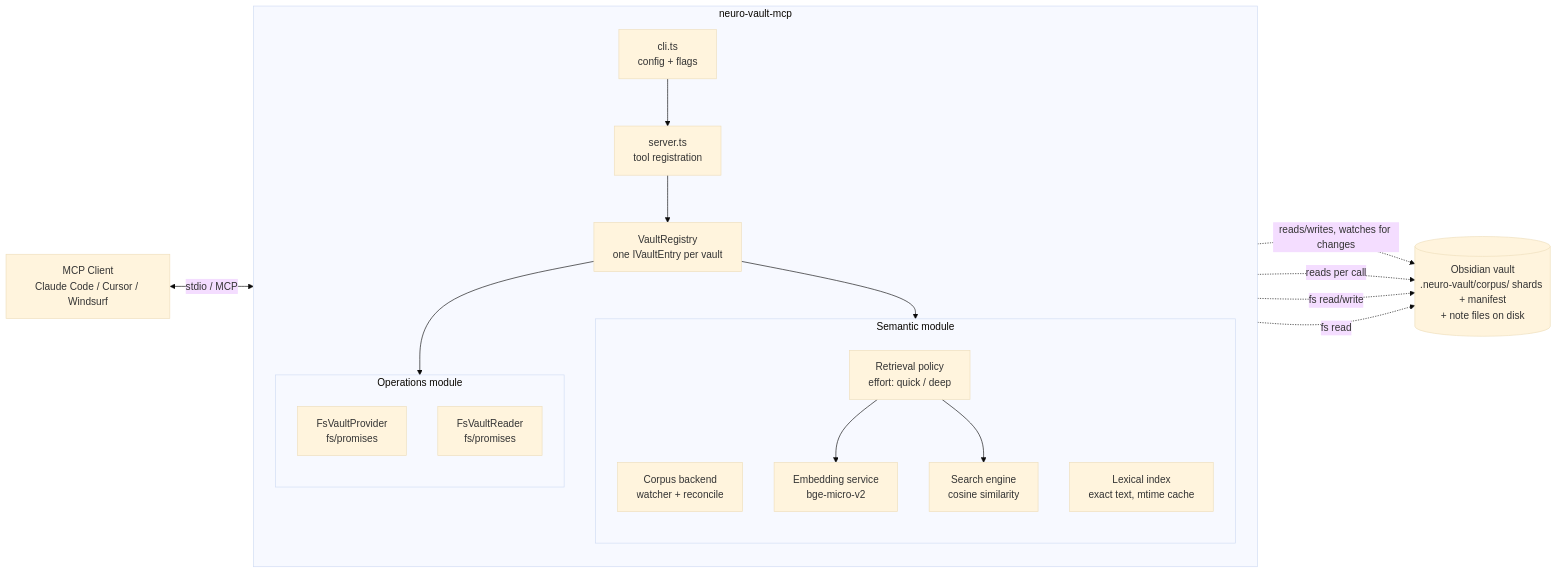
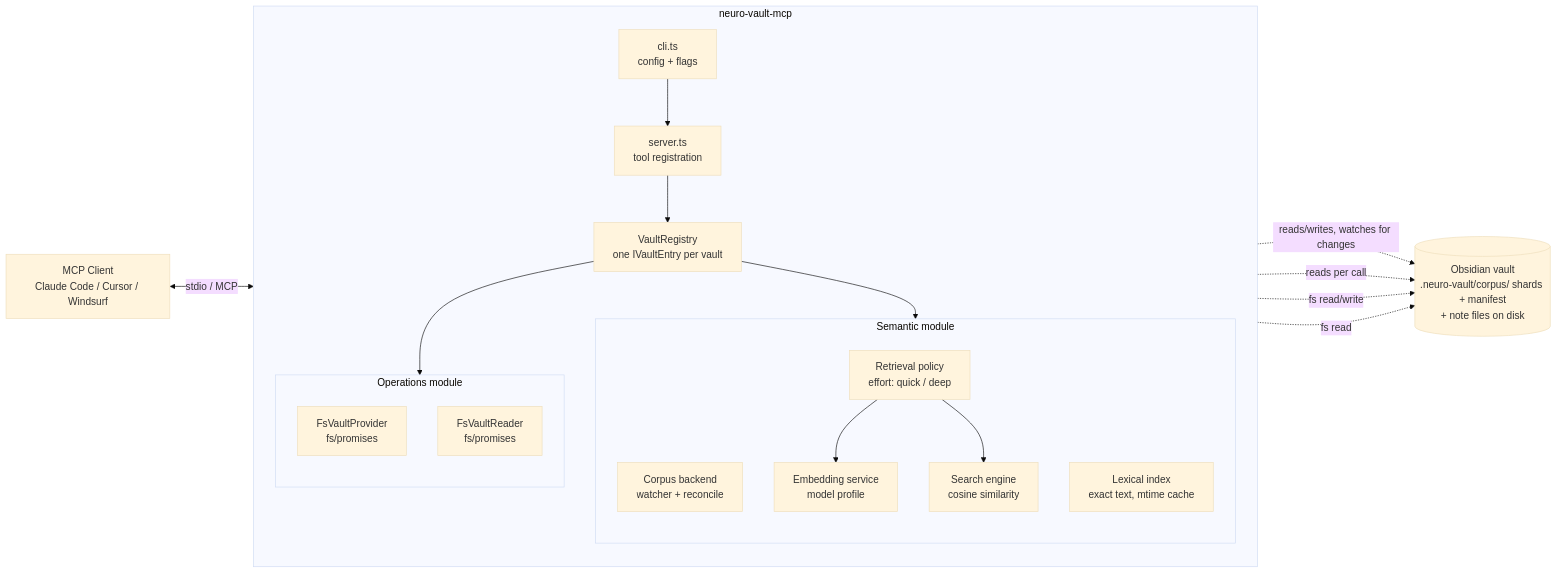
The diagram in docs/architecture/module-structure.md (AlexMost/neuro-vault), drawn with Mermaid (base theme) before and after one commit. The commit also changed 9 other files, not shown here.

Commit message:
docs: document --model, the profile registry and the model cache

````diff
--- a/docs/architecture/module-structure.md
+++ b/docs/architecture/module-structure.md
@@ -52,35 +52,35 @@
 ```mermaid
 flowchart LR
     Client[MCP Client<br/>Claude Code / Cursor / Windsurf]
     subgraph Server[neuro-vault-mcp]
         direction TB
         CLI[cli.ts<br/>config + flags]
         Core[server.ts<br/>tool registration]
         Registry[VaultRegistry<br/>one IVaultEntry per vault]
         subgraph Semantic[Semantic module]
             direction TB
             Backend[Corpus backend<br/>watcher + reconcile]
             Retrieval[Retrieval policy<br/>effort: quick / deep]
-            Embed[Embedding service<br/>bge-micro-v2]
+            Embed[Embedding service<br/>model profile]
             Search[Search engine<br/>cosine similarity]
             Lexical[Lexical index<br/>exact text, mtime cache]
         end
         subgraph Operations[Operations module]
             direction TB
             Provider[FsVaultProvider<br/>fs/promises]
             Reader[FsVaultReader<br/>fs/promises]
         end
         CLI --> Core
         Core --> Registry
         Registry --> Semantic
         Registry --> Operations
         Retrieval --> Embed
         Retrieval --> Search
     end
     Vault[(Obsidian vault<br/>.neuro-vault/corpus/ shards + manifest<br/>+ note files on disk)]
     Client <-->|stdio / MCP| Core
     Backend -. reads/writes, watches for changes .-> Vault
     Lexical -. reads per call .-> Vault
     Provider -. fs read/write .-> Vault
     Reader -. fs read .-> Vault
 ```
````
